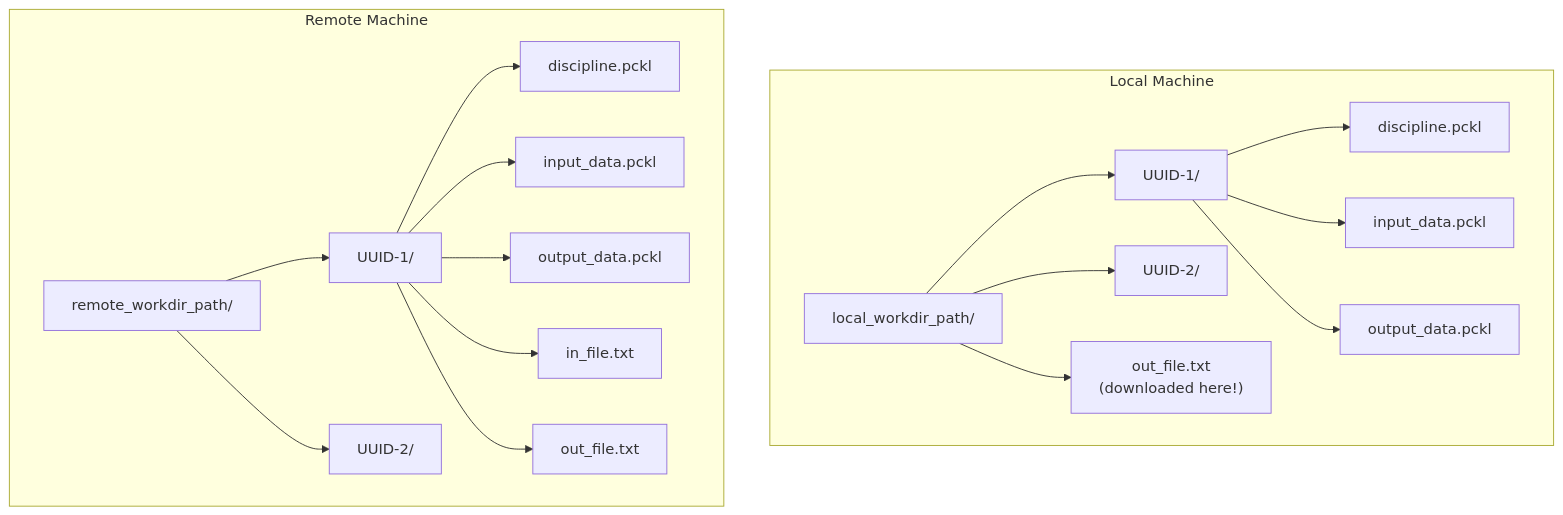
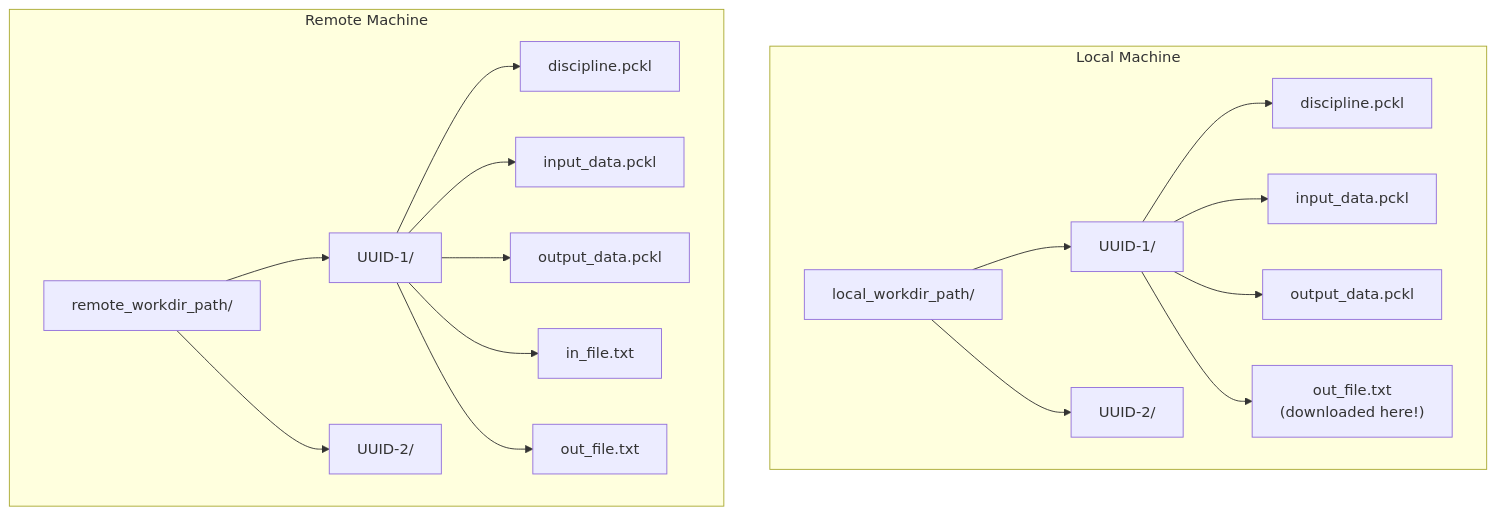
One commit to gemseo/gemseo-ssh changed the second of 2 diagrams in docs/user_guide/file_transfers.md. Above: the diagram before and after it, drawn with Mermaid. The commit also changed other lines of this file, not shown here.

````diff
--- a/docs/user_guide/file_transfers.md
+++ b/docs/user_guide/file_transfers.md
@@ -131,38 +131,38 @@
 ```mermaid
 graph TB
     subgraph "Local Machine"
         LR[local_workdir_path/]
         LU1[UUID-1/]
         LU2[UUID-2/]
         LD1[discipline.pckl]
         LI1[input_data.pckl]
         LO1[output_data.pckl]
         LOF["out_file.txt<br/>(downloaded here!)"]
 
         LR --> LU1
         LR --> LU2
-        LR --> LOF
         LU1 --> LD1
         LU1 --> LI1
         LU1 --> LO1
+        LU1 --> LOF
     end
 
     subgraph "Remote Machine"
         RR[remote_workdir_path/]
         RU1[UUID-1/]
         RU2[UUID-2/]
         RD1[discipline.pckl]
         RI1[input_data.pckl]
         RO1[output_data.pckl]
         RIF[in_file.txt]
         ROF[out_file.txt]
 
         RR --> RU1
         RR --> RU2
         RU1 --> RD1
         RU1 --> RI1
         RU1 --> RO1
         RU1 --> RIF
         RU1 --> ROF
     end
 ```
````
